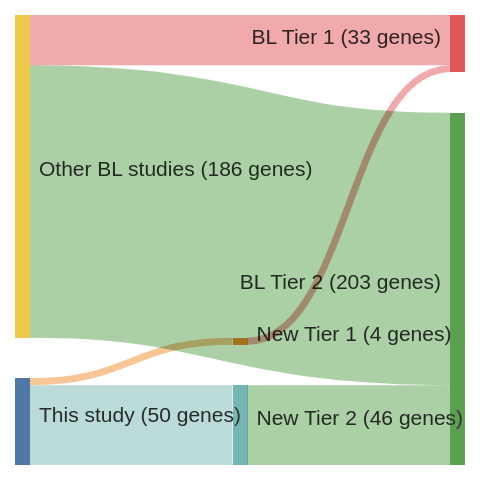
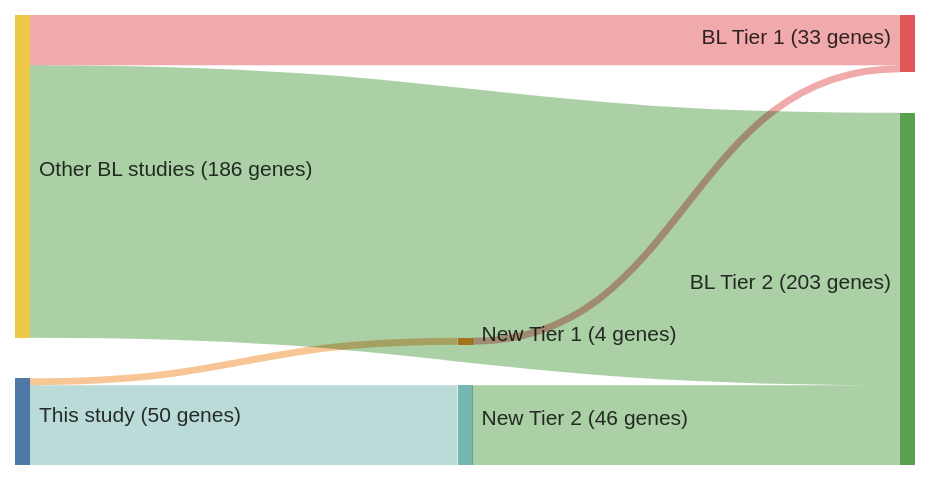
The diagram in paneaWholeGenomeLandscape2019.md (morinlab/lymphopedia), drawn with Mermaid before and after one commit.

````diff
--- a/paneaWholeGenomeLandscape2019.md
+++ b/paneaWholeGenomeLandscape2019.md
@@ -12,20 +12,20 @@
 ```mermaid
 ---
 config:
     sankey:
         showValues: true
         linkColor: target
-        width: 300
+        width: 600
         height: 300
         nodeAlignment: left
         prefix: '('
         suffix: ' genes)'
 ---
 sankey-beta
 This study, New Tier 1, 4
 New Tier 1, BL Tier 1, 4
 This study, New Tier 2, 46
 New Tier 2, BL Tier 2, 46
 Other BL studies, BL Tier 1, 29
 Other BL studies, BL Tier 2, 157
 ```
````
